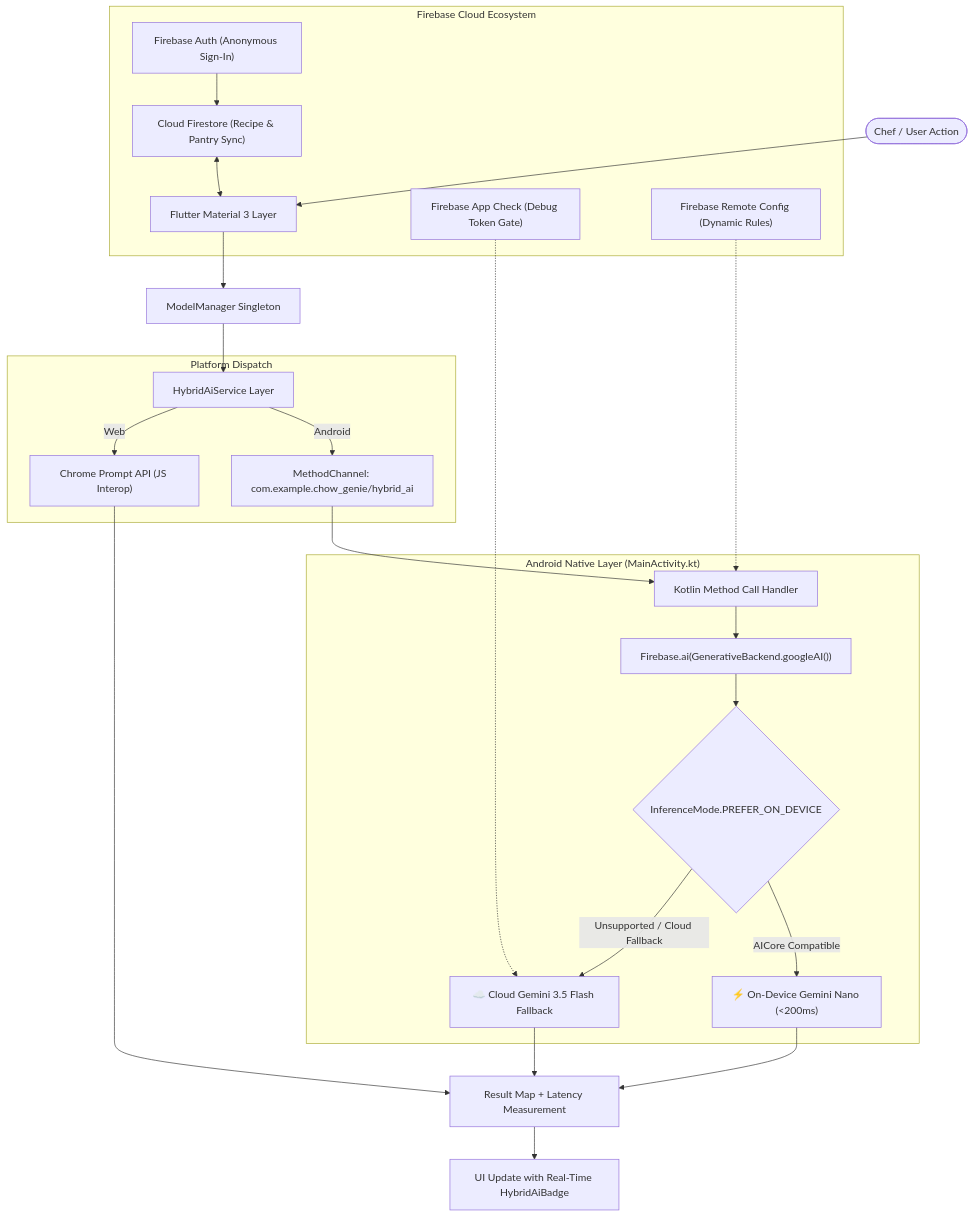
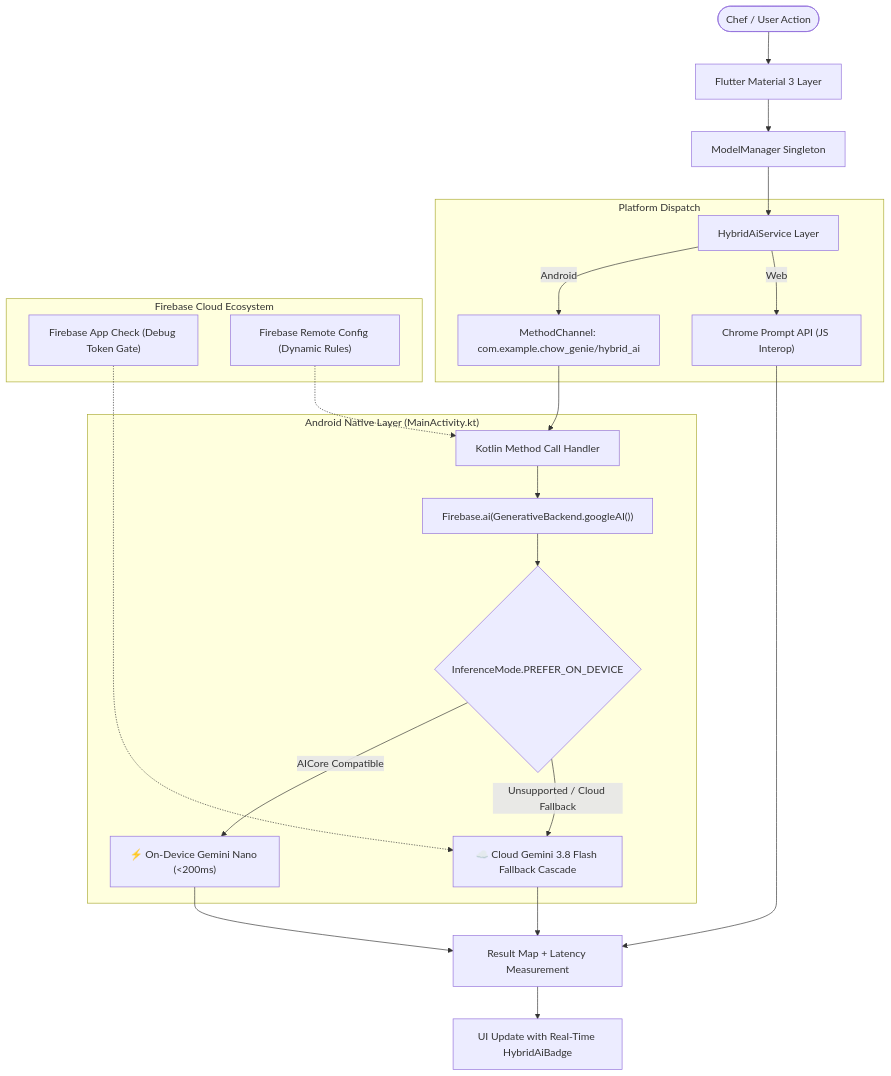
The diagram in README.md (samolubukun/Chow-Genie-HybridAI), drawn with Mermaid before and after one commit. The commit also changed other lines of this file, not shown here.

Commit message:
docs: align README with actual on-device SQLite architecture and Gemini 3.8 cascade

````diff
--- a/README.md
+++ b/README.md
@@ -62,32 +61,30 @@
 ```mermaid
 flowchart TD
     User([Chef / User Action]) --> UI[Flutter Material 3 Layer]
     UI --> ModelMgr[ModelManager Singleton]
     ModelMgr --> HybridSvc[HybridAiService Layer]
 
     subgraph PlatformRouting["Platform Dispatch"]
         HybridSvc -->|Android| MethodChan["MethodChannel: com.example.chow_genie/hybrid_ai"]
         HybridSvc -->|Web| WebInterop["Chrome Prompt API (JS Interop)"]
     end
 
     subgraph NativeAndroid["Android Native Layer (MainActivity.kt)"]
         MethodChan --> KotlinBridge[Kotlin Method Call Handler]
         KotlinBridge --> FirebaseAI["Firebase.ai(GenerativeBackend.googleAI())"]
         FirebaseAI --> RoutingPolicy{"InferenceMode.PREFER_ON_DEVICE"}
         
         RoutingPolicy -->|AICore Compatible| LocalNano["⚡ On-Device Gemini Nano (<200ms)"]
-        RoutingPolicy -->|Unsupported / Cloud Fallback| CloudFlash["☁️ Cloud Gemini 3.5 Flash Fallback"]
+        RoutingPolicy -->|Unsupported / Cloud Fallback| CloudFlash["☁️ Cloud Gemini 3.8 Flash Fallback Cascade"]
     end
 
     subgraph FirebaseSecurity["Firebase Cloud Ecosystem"]
         AppCheck["Firebase App Check (Debug Token Gate)"] -.-> CloudFlash
         RemoteConfig["Firebase Remote Config (Dynamic Rules)"] -.-> KotlinBridge
-        Firestore["Cloud Firestore (Recipe & Pantry Sync)"] <--> UI
-        Auth["Firebase Auth (Anonymous Sign-In)"] --> Firestore
     end
 
     LocalNano --> ResultReturn[Result Map + Latency Measurement]
     CloudFlash --> ResultReturn
     WebInterop --> ResultReturn
     ResultReturn --> BadgeDisplay["UI Update with Real-Time HybridAiBadge"]
 ```
````
